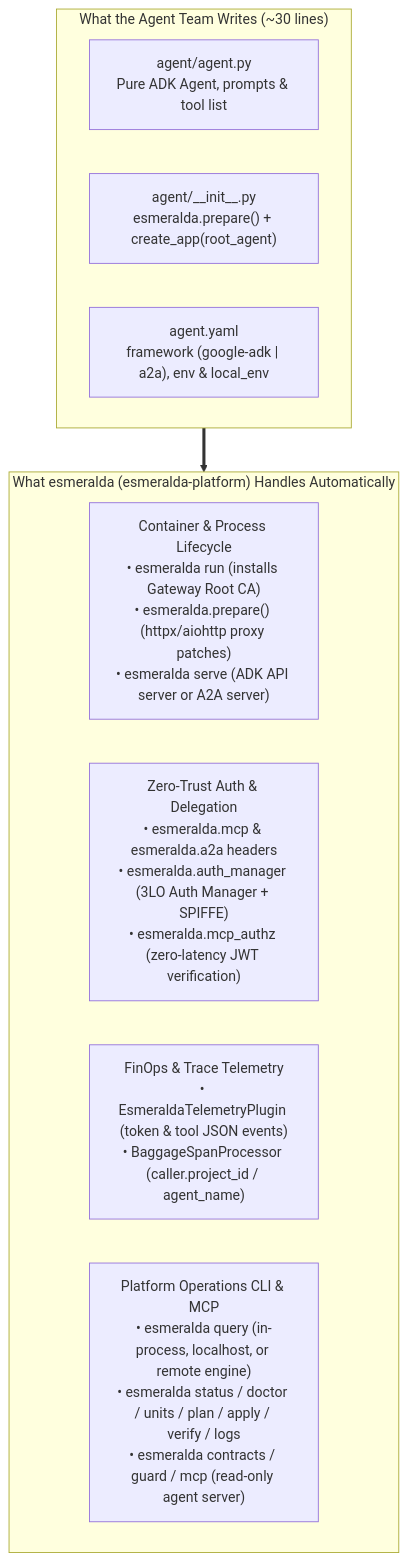
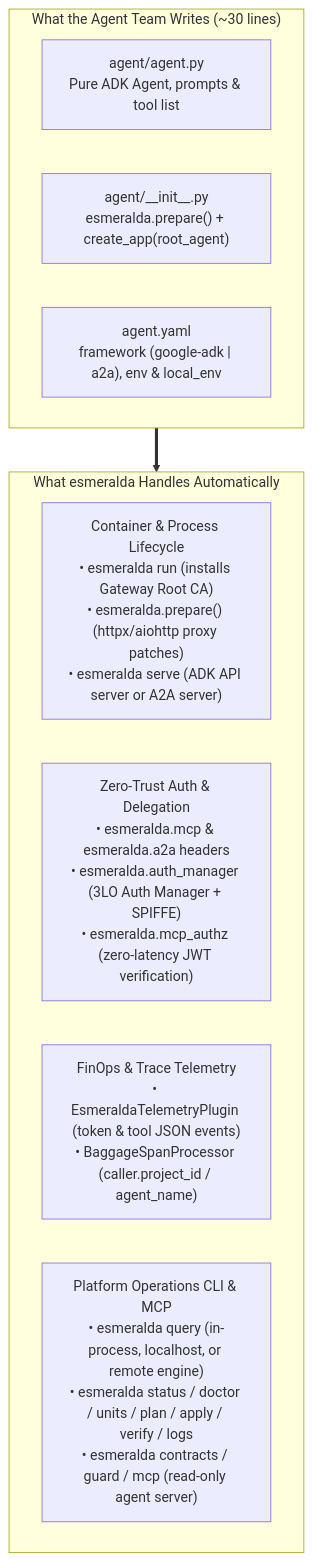
The first of 2 diagrams in docs/src/4-esmeralda-library/index.md (google/esmeralda), drawn with Mermaid before and after one commit. The commit also changed other lines of this file and 37 other files, not shown here.

````diff
--- a/docs/src/4-esmeralda-library/index.md
+++ b/docs/src/4-esmeralda-library/index.md
@@ -20,17 +25,17 @@
 ```mermaid
 flowchart TB
     subgraph AgentCode["What the Agent Team Writes (~30 lines)"]
         A1["agent/agent.py<br/>Pure ADK Agent, prompts & tool list"]
         A2["agent/__init__.py<br/>esmeralda.prepare() + create_app(root_agent)"]
         A3["agent.yaml<br/>framework (google-adk | a2a), env & local_env"]
     end
 
-    subgraph RuntimeLib["What esmeralda (esmeralda-platform) Handles Automatically"]
+    subgraph RuntimeLib["What esmeralda Handles Automatically"]
         R1["Container & Process Lifecycle<br/>• esmeralda run (installs Gateway Root CA)<br/>• esmeralda.prepare() (httpx/aiohttp proxy patches)<br/>• esmeralda serve (ADK API server or A2A server)"]
         R2["Zero-Trust Auth & Delegation<br/>• esmeralda.mcp & esmeralda.a2a headers<br/>• esmeralda.auth_manager (3LO Auth Manager + SPIFFE)<br/>• esmeralda.mcp_authz (zero-latency JWT verification)"]
         R3["FinOps & Trace Telemetry<br/>• EsmeraldaTelemetryPlugin (token & tool JSON events)<br/>• BaggageSpanProcessor (caller.project_id / agent_name)"]
         R4["Platform Operations CLI & MCP<br/>• esmeralda query (in-process, localhost, or remote engine)<br/>• esmeralda status / doctor / units / plan / apply / verify / logs<br/>• esmeralda contracts / guard / mcp (read-only agent server)"]
     end
 
     AgentCode ==> RuntimeLib
 ```
````
